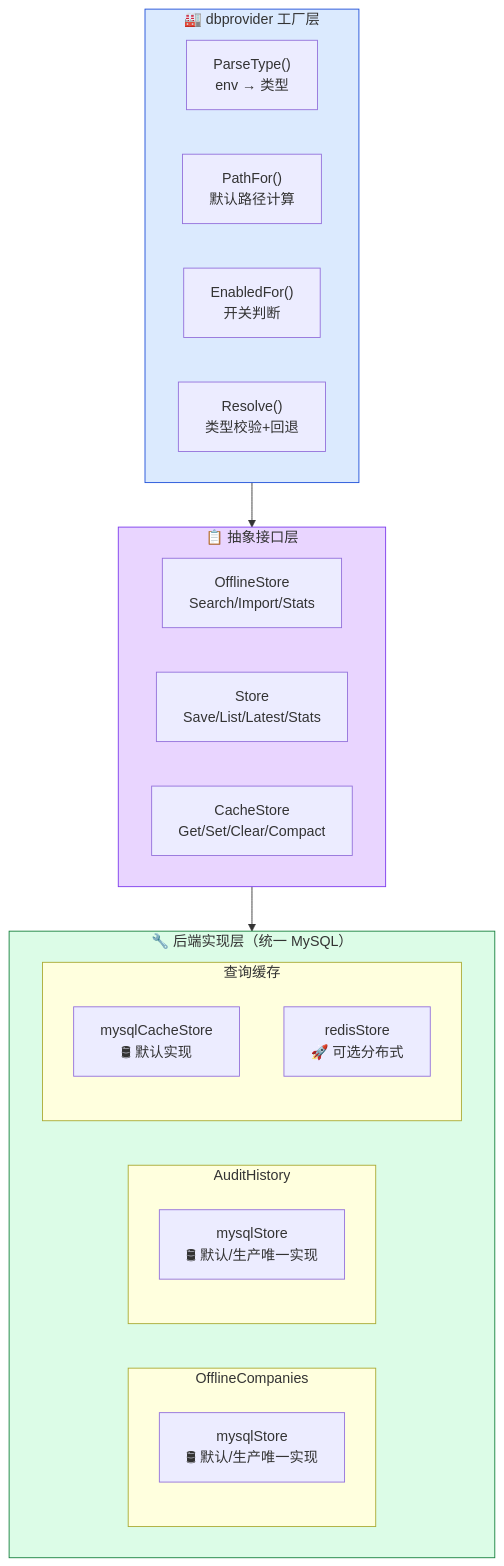
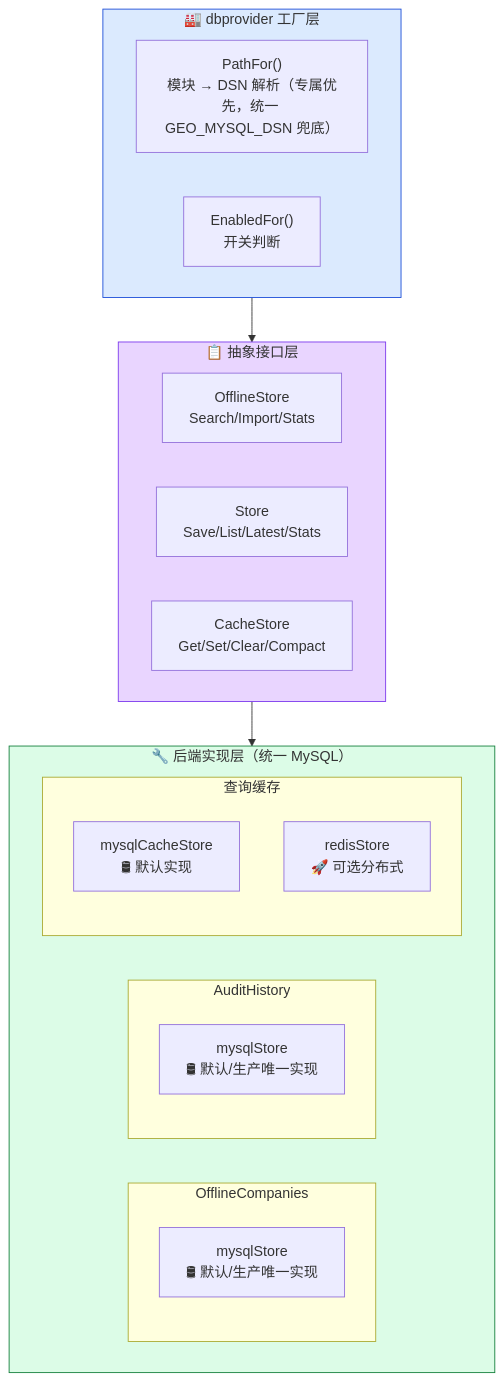
Before and after one commit to deep2code/geo: diagram 19 of 31 in docs/architecture.md, drawn with Mermaid. The commit also changed other lines of this file and 47 other files, not shown here.

````diff
--- a/docs/architecture.md
+++ b/docs/architecture.md
@@ -499,35 +499,33 @@
 ```mermaid
 graph TB
     subgraph 工厂层["🏭 dbprovider 工厂层"]
-        PT["ParseType()<br/>env → 类型"]
-        PF["PathFor()<br/>默认路径计算"]
+        PF["PathFor()<br/>模块 → DSN 解析（专属优先，统一 GEO_MYSQL_DSN 兜底）"]
         EN["EnabledFor()<br/>开关判断"]
-        RS["Resolve()<br/>类型校验+回退"]
     end
 
     subgraph 接口层["📋 抽象接口层"]
         IO["OfflineStore<br/>Search/Import/Stats"]
         IH["Store<br/>Save/List/Latest/Stats"]
         IC["CacheStore<br/>Get/Set/Clear/Compact"]
     end
 
     subgraph 后端实现层["🔧 后端实现层（统一 MySQL）"]
         subgraph 离线工商 ["OfflineCompanies"]
             OMY["mysqlStore<br/>🛢 默认/生产唯一实现"]
         end
         subgraph 审计历史 ["AuditHistory"]
             HMY["mysqlStore<br/>🛢 默认/生产唯一实现"]
         end
         subgraph ChinaCheck ["查询缓存"]
             CMY["mysqlCacheStore<br/>🛢 默认实现"]
             CRED["redisStore<br/>🚀 可选分布式"]
         end
     end
 
     工厂层 --> 接口层
     接口层 --> 后端实现层
 
     style 工厂层 fill:#dbeafe,stroke:#1d4ed8
     style 接口层 fill:#e9d5ff,stroke:#7c3aed
     style 后端实现层 fill:#dcfce7,stroke:#15803d
 ```
````
